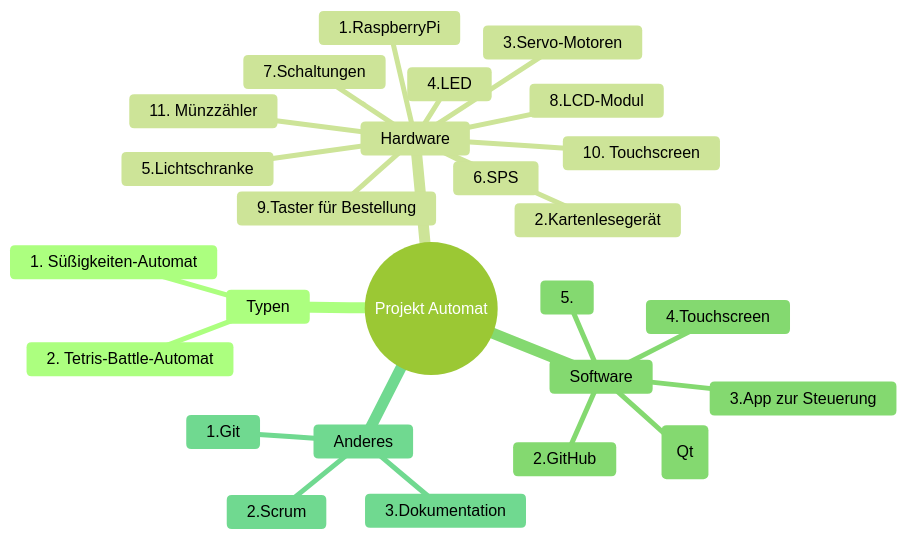
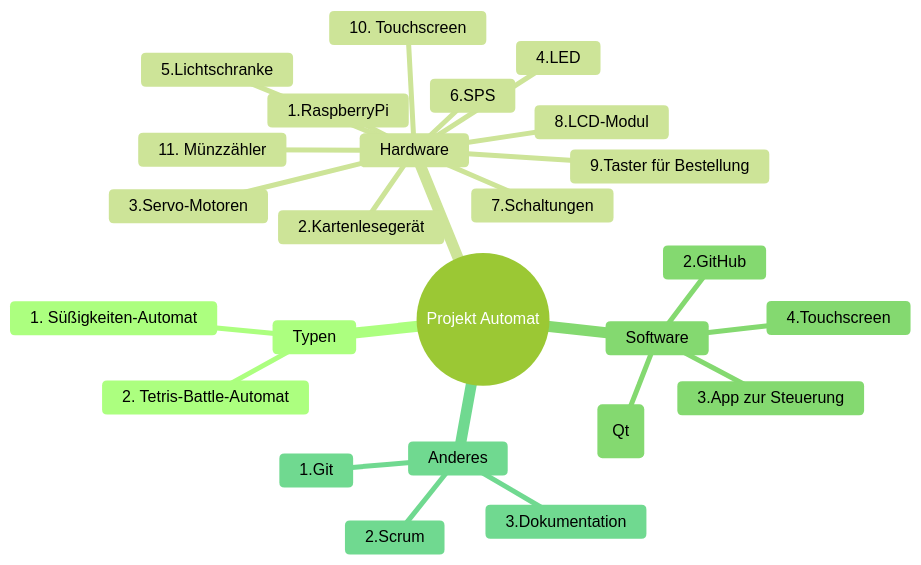
One commit to Darabrob/Projekt_Automat changed the diagram in README.md. Above: the diagram before and after it, drawn with Mermaid (forest theme).

````diff
--- a/README.md
+++ b/README.md
@@ -3,30 +3,29 @@
 ```mermaid
 mindmap
   root((Projekt Automat))
     Typen
       1. Süßigkeiten-Automat
       2. Tetris-Battle-Automat
     Hardware
       1.RaspberryPi
       2.Kartenlesegerät
       3.Servo-Motoren
       4.LED
       5.Lichtschranke
       6.SPS
       7.Schaltungen
       8.LCD-Modul
       9.Taster für Bestellung
       10. Touchscreen
       11. Münzzähler
     Software
       1.Python/Java/C++(Qt)
       2.GitHub
       3.App zur Steuerung
       4.Touchscreen
-      5.
     Anderes
       1.Git
       2.Scrum
       3.Dokumentation
 
 ```
````
